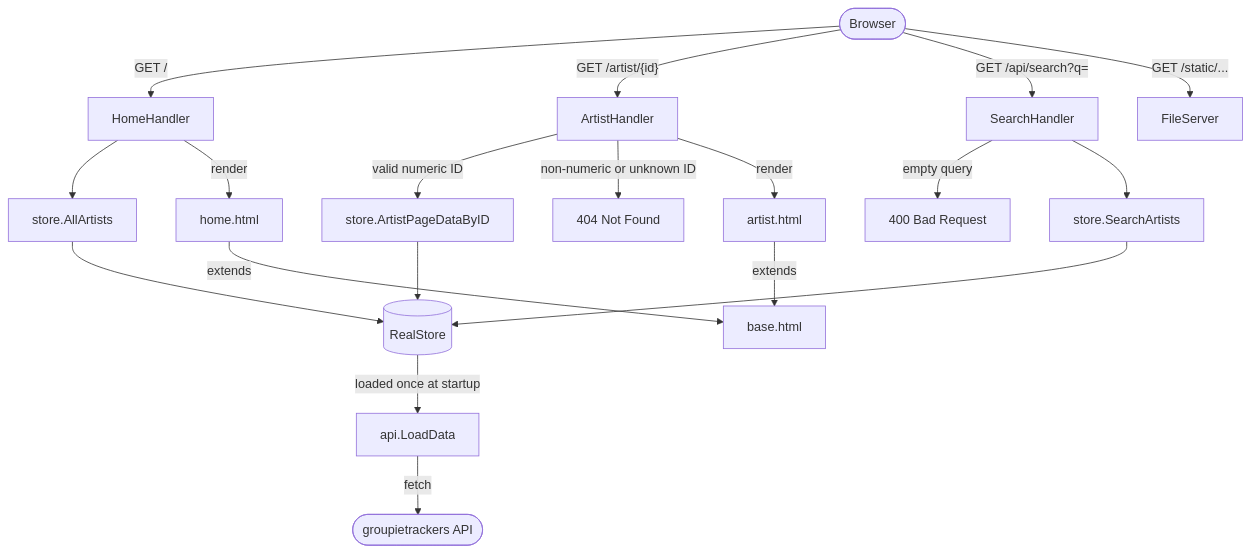
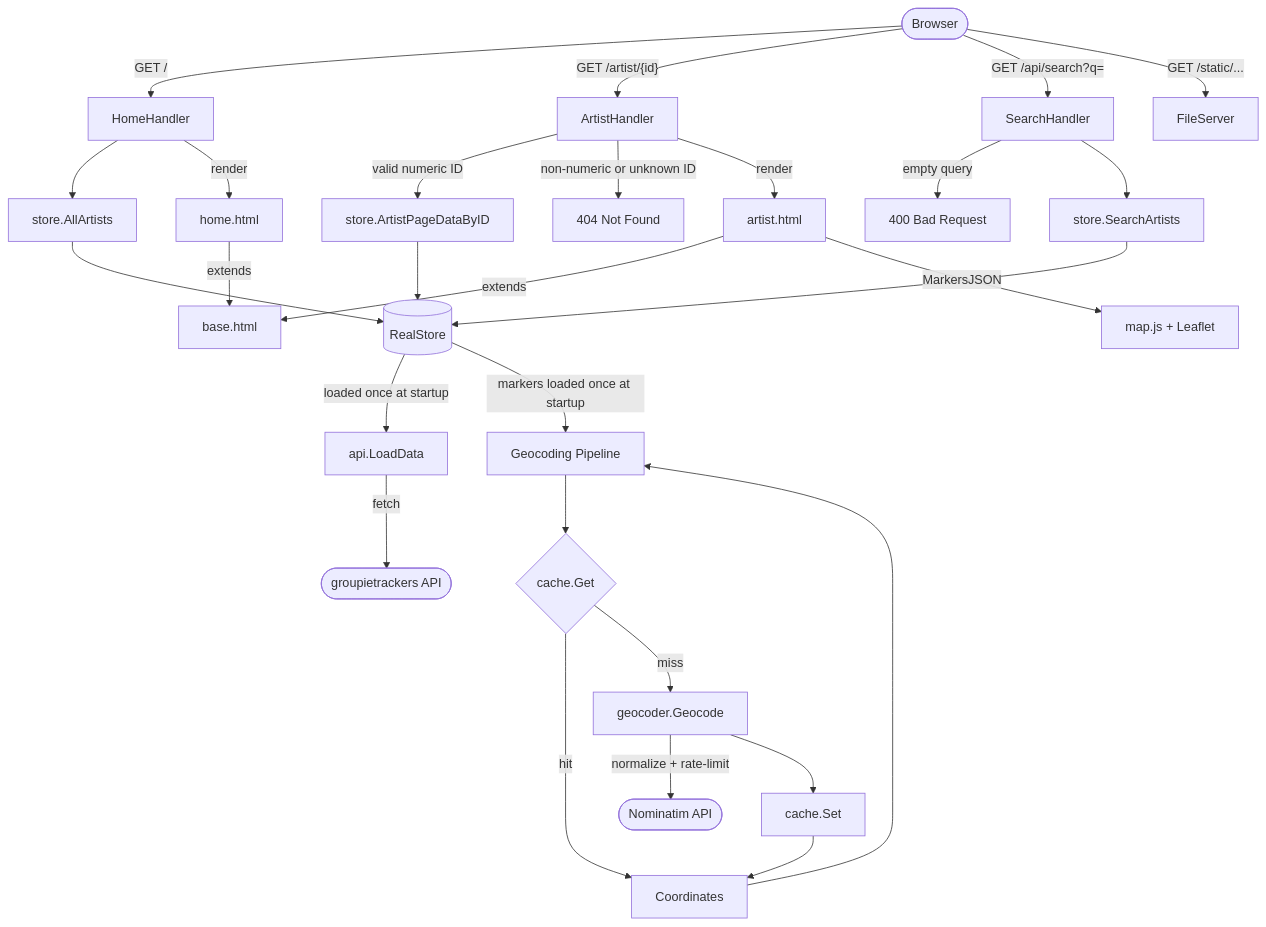
Before and after one commit to teovaira/groupie-tracker-filters: the first of 3 diagrams in DIAGRAMS.md, drawn with Mermaid. The commit also changed other lines of this file, not shown here.

Commit message:
docs(diagrams): add geocoding pipeline to flow diagram and startup sequence

````diff
--- a/DIAGRAMS.md
+++ b/DIAGRAMS.md
@@ -5,26 +5,37 @@
 ```mermaid
 flowchart TD
     A([Browser]) -->|GET /| B[HomeHandler]
     A -->|"GET /artist/{id}"| C[ArtistHandler]
     A -->|"GET /api/search?q="| D[SearchHandler]
     A -->|"GET /static/..."| E[FileServer]
 
     B --> F[store.AllArtists]
     C -->|valid numeric ID| G[store.ArtistPageDataByID]
     C -->|non-numeric or unknown ID| Q[404 Not Found]
     D -->|empty query| P[400 Bad Request]
     D --> H[store.SearchArtists]
 
     F --> I[(RealStore)]
     G --> I
     H --> I
 
     I -->|loaded once at startup| J[api.LoadData]
     J -->|fetch| K([groupietrackers API])
 
+    I -->|markers loaded once at startup| R[Geocoding Pipeline]
+    R --> S{cache.Get}
+    S -->|hit| T[Coordinates]
+    S -->|miss| U[geocoder.Geocode]
+    U -->|normalize + rate-limit| V([Nominatim API])
+    U --> W[cache.Set]
+    W --> T
+    T --> R
+
     B -->|render| L[home.html]
     C -->|render| M[artist.html]
 
     L -->|extends| N[base.html]
     M -->|extends| N
+
+    M -->|MarkersJSON| X[map.js + Leaflet]
 ```
````
